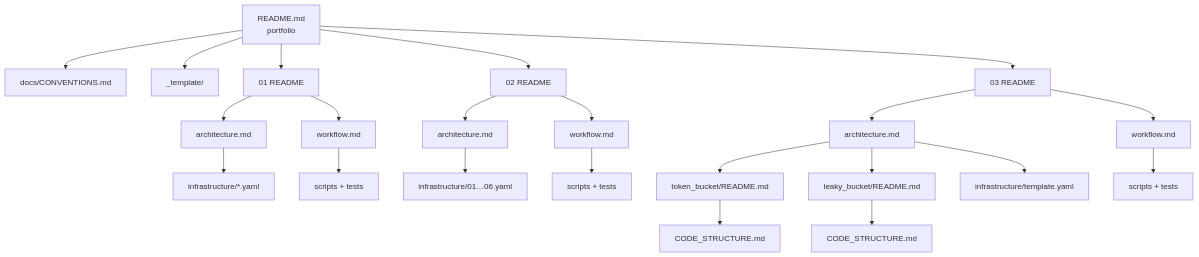
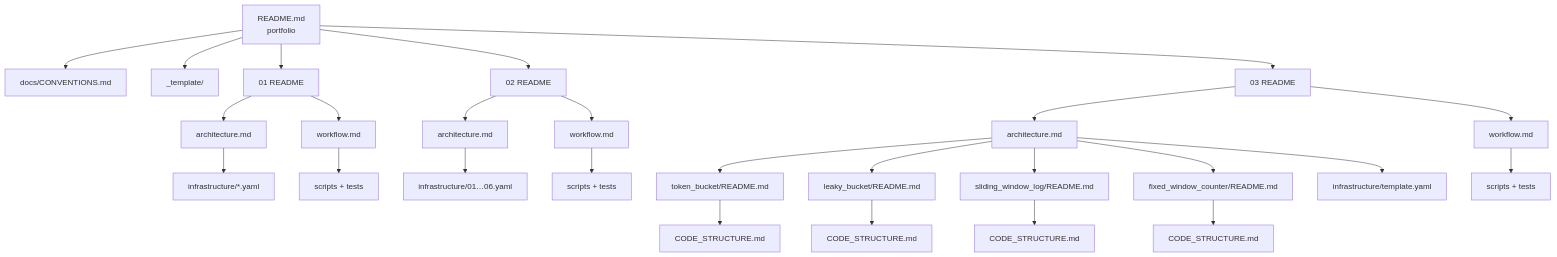
One commit to TareDevarsh/AWS-cloudformation-projects changed the third of 3 diagrams in README.md. Above: the diagram before and after it, drawn with Mermaid. The commit also changed other lines of this file and 36 other files, not shown here.

````diff
--- a/README.md
+++ b/README.md
@@ -116,21 +118,25 @@
 ```mermaid
 graph TD
     R[README.md<br/>portfolio] --> C[docs/CONVENTIONS.md]
     R --> T[_template/]
     R --> P1[01 README]
     R --> P2[02 README]
     R --> P3[03 README]
     P1 --> A1[architecture.md] & W1[workflow.md]
     P2 --> A2[architecture.md] & W2[workflow.md]
     A1 --> I1[infrastructure/*.yaml]
     A2 --> I2[infrastructure/01…06.yaml]
     W1 --> S1[scripts + tests]
     W2 --> S2[scripts + tests]
     P3 --> A3[architecture.md] & W3[workflow.md]
     A3 --> TB[token_bucket/README.md]
     A3 --> LB[leaky_bucket/README.md]
+    A3 --> SW[sliding_window_log/README.md]
+    A3 --> FW[fixed_window_counter/README.md]
     TB --> TBC[CODE_STRUCTURE.md]
     LB --> LBC[CODE_STRUCTURE.md]
+    SW --> SWC[CODE_STRUCTURE.md]
+    FW --> FWC[CODE_STRUCTURE.md]
     A3 --> I3[infrastructure/template.yaml]
     W3 --> S3[scripts + tests]
 ```
````
